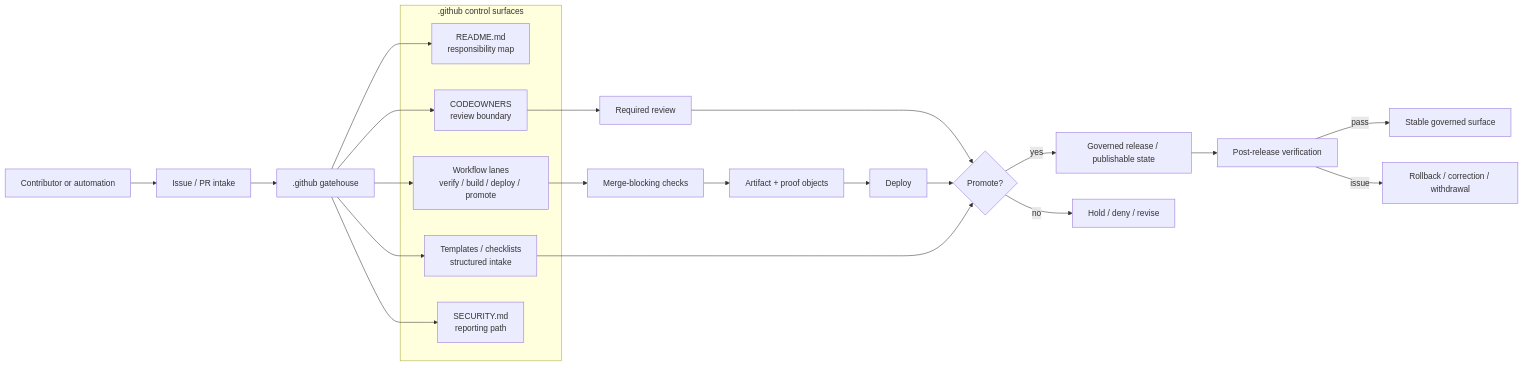
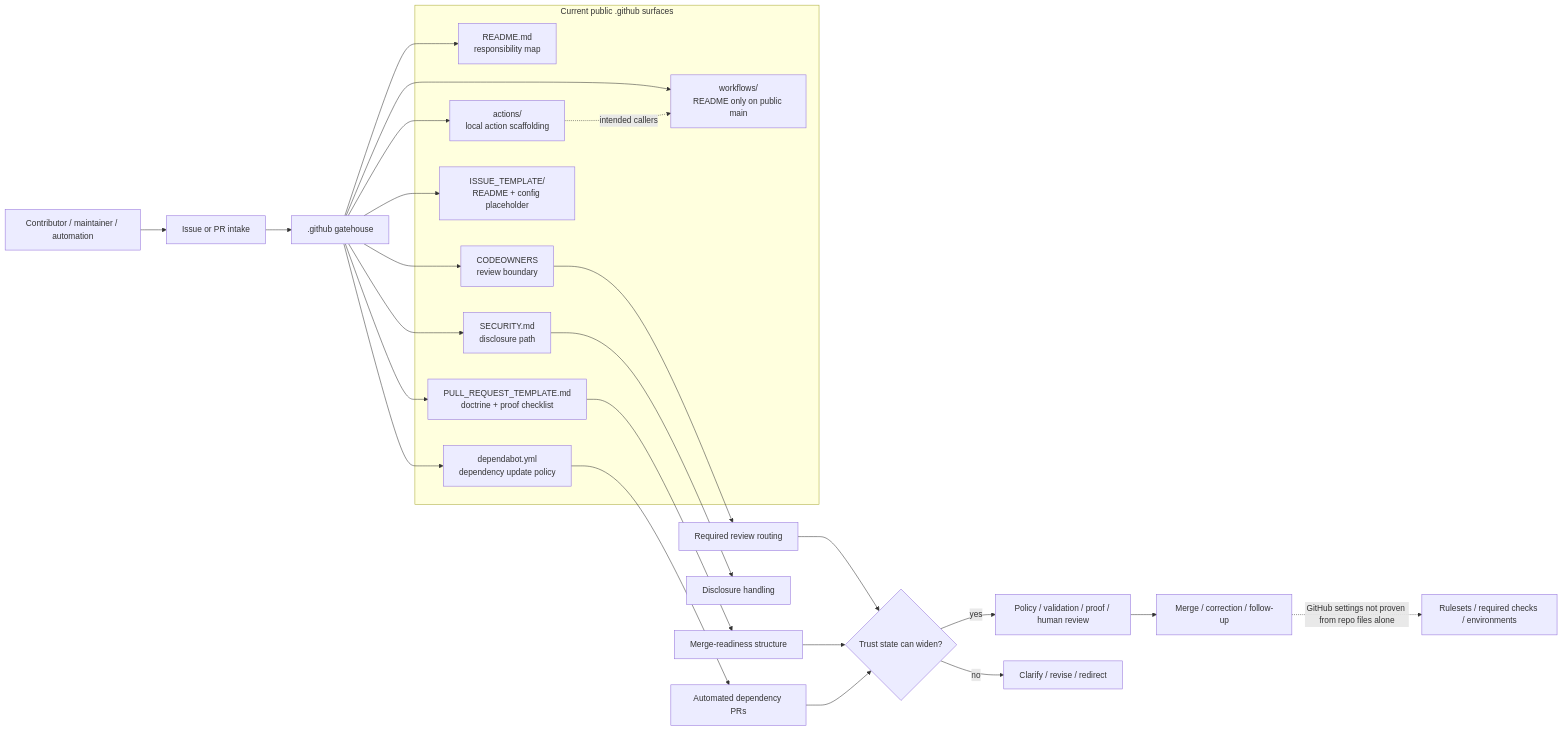
One commit to bartytime4life/Kansas-Frontier-Matrix changed the diagram in .github/README.md. Above: the diagram before and after it, drawn with Mermaid. The commit also changed other lines of this file, not shown here.

First line of the commit message:
Revise README with updated ownership and clarity

````diff
--- a/.github/README.md
+++ b/.github/README.md
@@ -251,34 +304,41 @@
 ```mermaid
 flowchart LR
-    A[Contributor or automation] --> B[Issue / PR intake]
+    A[Contributor / maintainer / automation] --> B[Issue or PR intake]
     B --> C[.github gatehouse]
 
-    subgraph G[".github control surfaces"]
+    subgraph G["Current public .github surfaces"]
       G1["README.md<br/>responsibility map"]
       G2["CODEOWNERS<br/>review boundary"]
-      G3["Workflow lanes<br/>verify / build / deploy / promote"]
-      G4["Templates / checklists<br/>structured intake"]
-      G5["SECURITY.md<br/>reporting path"]
+      G3["PULL_REQUEST_TEMPLATE.md<br/>doctrine + proof checklist"]
+      G4["ISSUE_TEMPLATE/<br/>README + config placeholder"]
+      G5["actions/<br/>local action scaffolding"]
+      G6["workflows/<br/>README only on public main"]
+      G7["dependabot.yml<br/>dependency update policy"]
+      G8["SECURITY.md<br/>disclosure path"]
     end
 
     C --> G1
     C --> G2
     C --> G3
     C --> G4
     C --> G5
+    C --> G6
+    C --> G7
+    C --> G8
 
-    G2 --> H[Required review]
-    G3 --> I[Merge-blocking checks]
-    I --> J[Artifact + proof objects]
-    J --> K[Deploy]
-    H --> L{Promote?}
-    K --> L
-    G4 --> L
+    G2 --> H[Required review routing]
+    G3 --> I[Merge-readiness structure]
+    G5 -. intended callers .-> G6
+    G7 --> J[Automated dependency PRs]
+    G8 --> K[Disclosure handling]
 
-    L -->|yes| M[Governed release / publishable state]
-    L -->|no| N[Hold / deny / revise]
+    H --> L{Trust state can widen?}
+    I --> L
+    J --> L
 
-    M --> O[Post-release verification]
-    O -->|pass| P[Stable governed surface]
-    O -->|issue| Q[Rollback / correction / withdrawal]
+    L -->|yes| M[Policy / validation / proof / human review]
+    L -->|no| N[Clarify / revise / redirect]
+
+    M --> O[Merge / correction / follow-up]
+    O -. GitHub settings not proven from repo files alone .-> P[Rulesets / required checks / environments]
 ```
````
